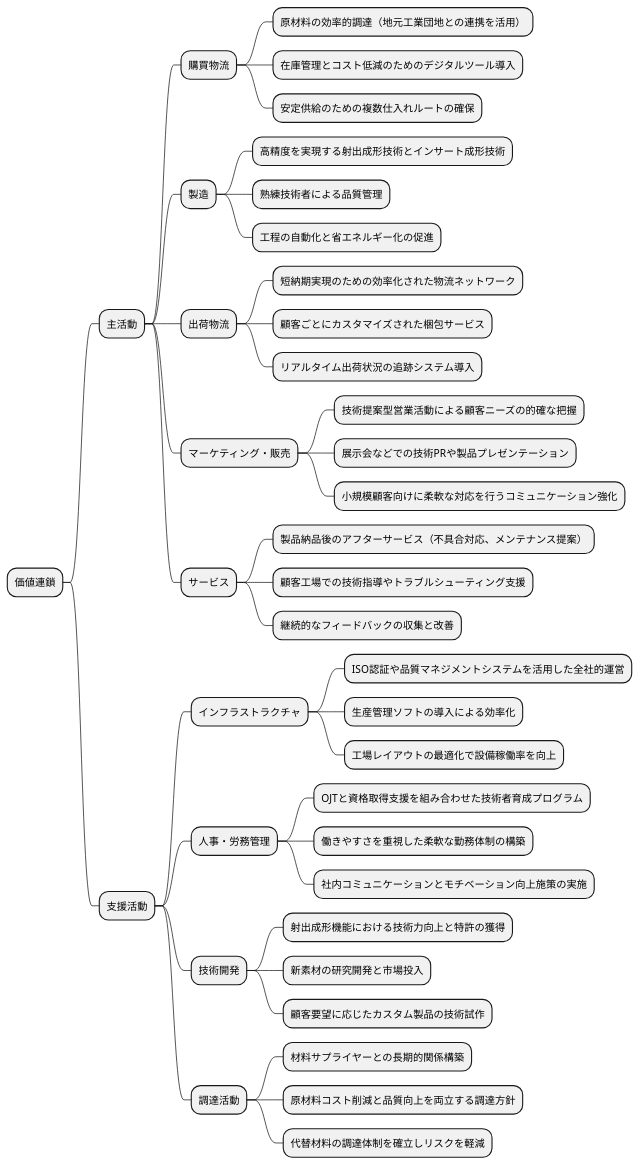
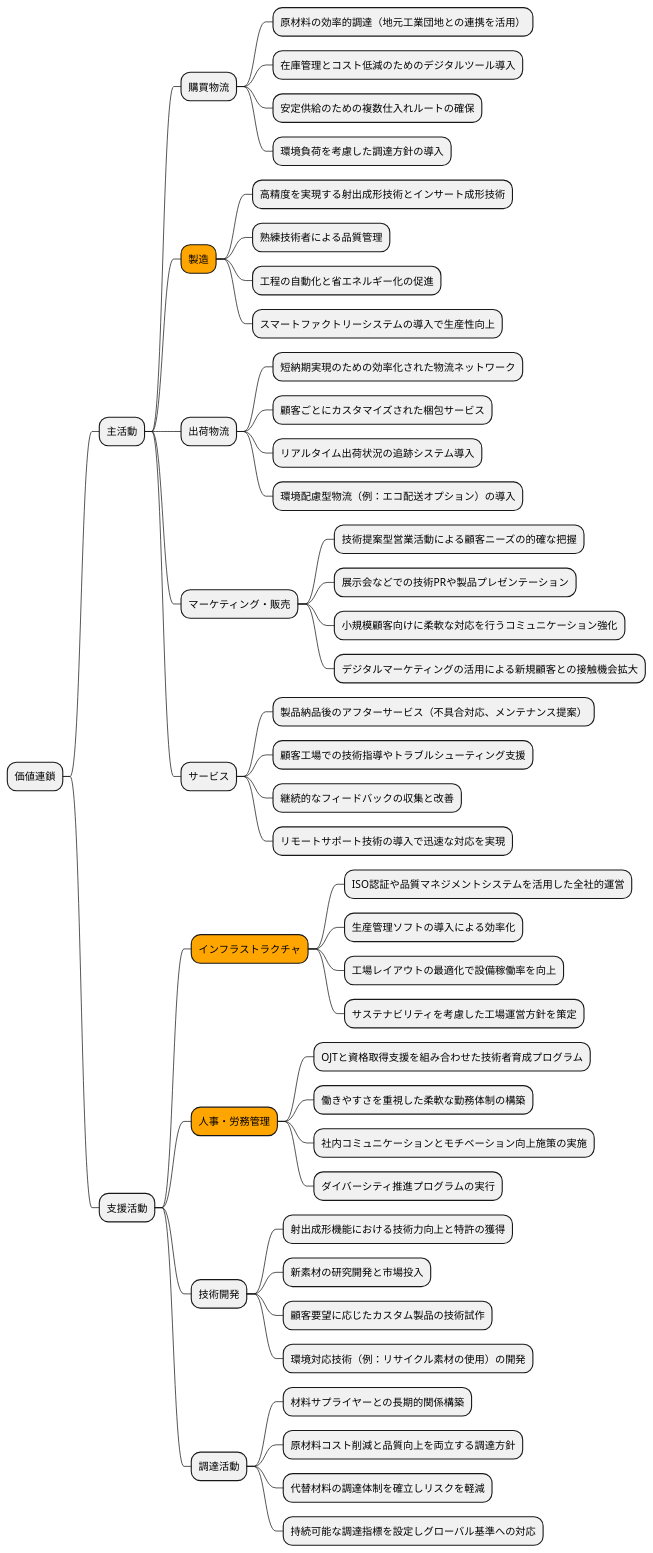
One commit to k2works/case-study-business-analysis changed the tenth of 19 diagrams in docs/case/h30_case_3.adoc. Above: the diagram before and after it, drawn with PlantUML. The commit also changed other lines of this file, not shown here.

```diff
--- a/docs/case/h30_case_3.adoc
+++ b/docs/case/h30_case_3.adoc
@@ -334,46 +432,55 @@
 [plantuml]
 ----
 @startmindmap
 
 * 価値連鎖
 ** 主活動
 *** 購買物流
 **** 原材料の効率的調達（地元工業団地との連携を活用）
 **** 在庫管理とコスト低減のためのデジタルツール導入
 **** 安定供給のための複数仕入れルートの確保
-*** 製造
+**** 環境負荷を考慮した調達方針の導入
+***[#orange] 製造
 **** 高精度を実現する射出成形技術とインサート成形技術
 **** 熟練技術者による品質管理
 **** 工程の自動化と省エネルギー化の促進
+**** スマートファクトリーシステムの導入で生産性向上
 *** 出荷物流
 **** 短納期実現のための効率化された物流ネットワーク
 **** 顧客ごとにカスタマイズされた梱包サービス
 **** リアルタイム出荷状況の追跡システム導入
+**** 環境配慮型物流（例：エコ配送オプション）の導入
 *** マーケティング・販売
 **** 技術提案型営業活動による顧客ニーズの的確な把握
 **** 展示会などでの技術PRや製品プレゼンテーション
 **** 小規模顧客向けに柔軟な対応を行うコミュニケーション強化
+**** デジタルマーケティングの活用による新規顧客との接触機会拡大
 *** サービス
 **** 製品納品後のアフターサービス（不具合対応、メンテナンス提案）
 **** 顧客工場での技術指導やトラブルシューティング支援
 **** 継続的なフィードバックの収集と改善
+**** リモートサポート技術の導入で迅速な対応を実現
 ** 支援活動
-*** インフラストラクチャ
+***[#orange] インフラストラクチャ
 **** ISO認証や品質マネジメントシステムを活用した全社的運営
 **** 生産管理ソフトの導入による効率化
 **** 工場レイアウトの最適化で設備稼働率を向上
-*** 人事・労務管理
+**** サステナビリティを考慮した工場運営方針を策定
+***[#orange] 人事・労務管理
 **** OJTと資格取得支援を組み合わせた技術者育成プログラム
 **** 働きやすさを重視した柔軟な勤務体制の構築
 **** 社内コミュニケーションとモチベーション向上施策の実施
+**** ダイバーシティ推進プログラムの実行
 *** 技術開発
 **** 射出成形機能における技術力向上と特許の獲得
 **** 新素材の研究開発と市場投入
 **** 顧客要望に応じたカスタム製品の技術試作
+**** 環境対応技術（例：リサイクル素材の使用）の開発
 *** 調達活動
 **** 材料サプライヤーとの長期的関係構築
 **** 原材料コスト削減と品質向上を両立する調達方針
 **** 代替材料の調達体制を確立しリスクを軽減
+**** 持続可能な調達指標を設定しグローバル基準への対応
 
 @endmindmap
 ----
```
